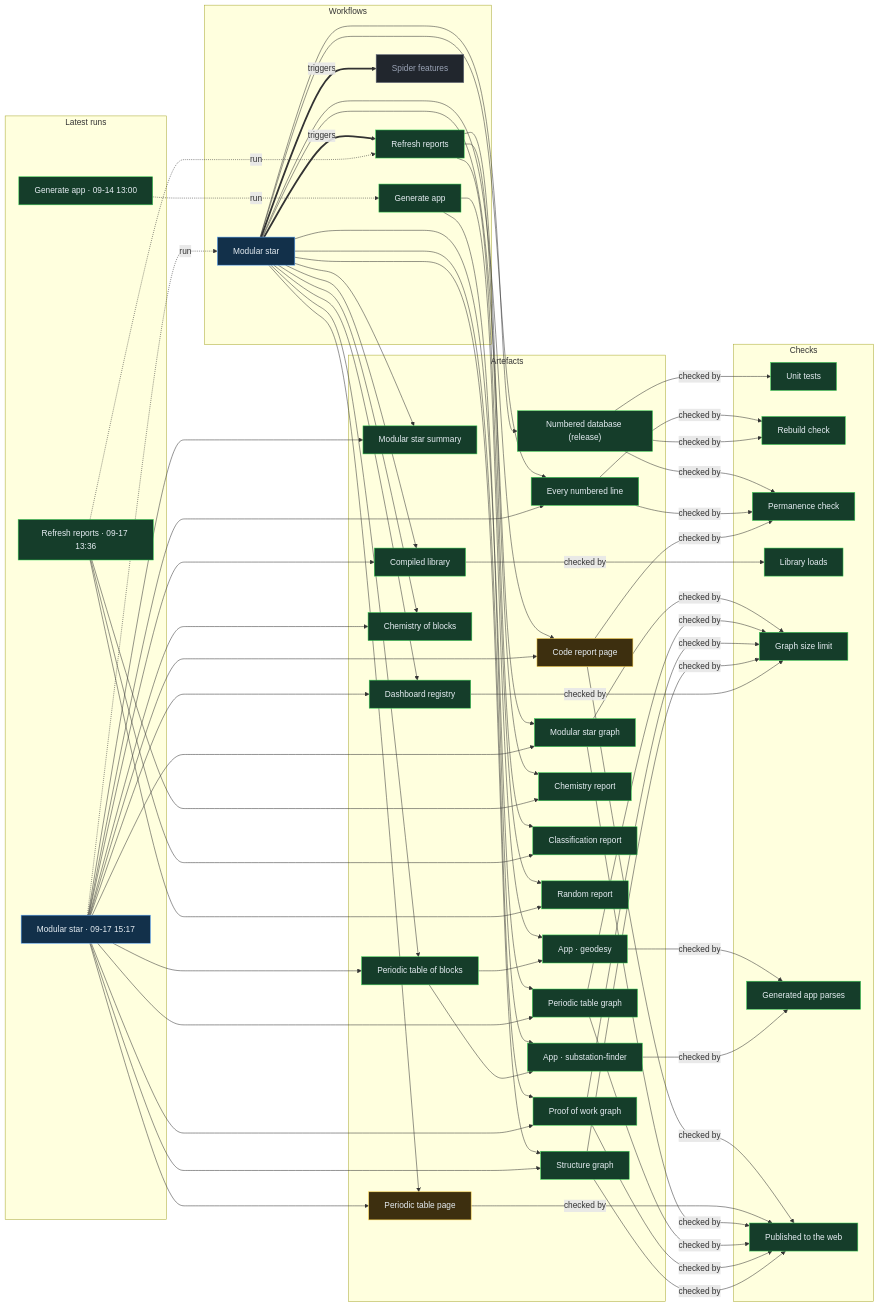
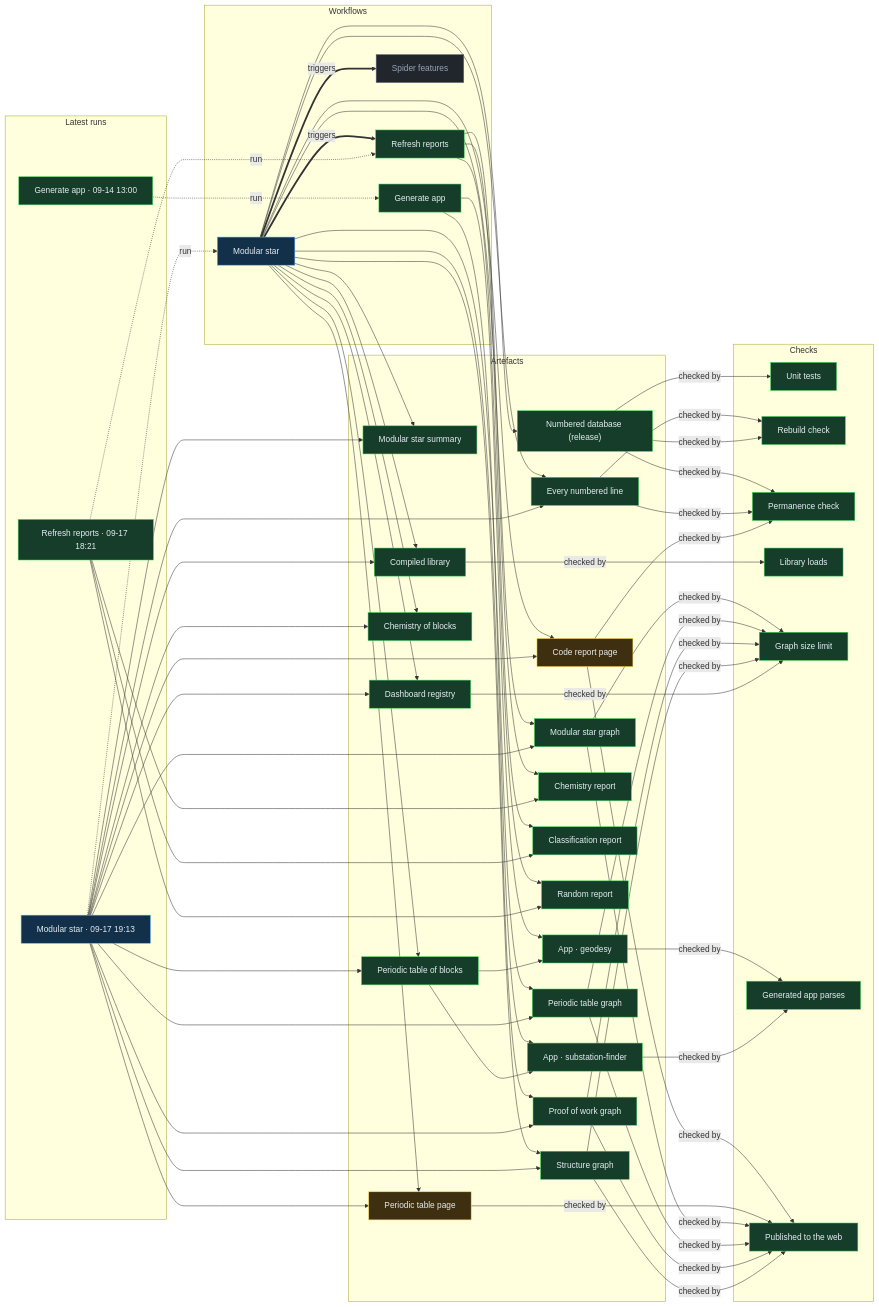
One commit to Ventusltd/stars changed the diagram in proof/PROOF.md. Above: the diagram before and after it, drawn with Mermaid. The commit also changed other lines of this file and 31 other files, not shown here.

Commit message:
Modular star 2026-09-17T19:16Z

```diff
--- a/proof/PROOF.md
+++ b/proof/PROOF.md
@@ -24,8 +24,8 @@
   n_wf_spider_features["Spider features"]:::off
   end
   subgraph g_runs["Latest runs"]
-  n_run_35239251689["Modular star · 09-17 15:17"]:::live
-  n_run_35228180431["Refresh reports · 09-17 13:36"]:::ok
+  n_run_35263631577["Modular star · 09-17 19:13"]:::live
+  n_run_35258351464["Refresh reports · 09-17 18:21"]:::ok
   n_run_34846587798["Generate app · 09-14 13:00"]:::ok
   end
   subgraph g_artefacts["Artefacts"]
@@ -59,39 +59,39 @@
   end
   n_wf_modular_star == triggers ==> n_wf_refresh
   n_wf_modular_star == triggers ==> n_wf_spider_features
-  n_run_35239251689 -. run .-> n_wf_modular_star
-  n_run_35228180431 -. run .-> n_wf_refresh
+  n_run_35263631577 -. run .-> n_wf_modular_star
+  n_run_35258351464 -. run .-> n_wf_refresh
   n_run_34846587798 -. run .-> n_wf_generate
   n_wf_modular_star --> n_art_summary
-  n_run_35239251689 --> n_art_summary
+  n_run_35263631577 --> n_art_summary
   n_wf_modular_star --> n_art_lines
-  n_run_35239251689 --> n_art_lines
+  n_run_35263631577 --> n_art_lines
   n_wf_modular_star --> n_art_code
-  n_run_35239251689 --> n_art_code
+  n_run_35263631577 --> n_art_code
   n_wf_modular_star --> n_art_modular_graph
-  n_run_35239251689 --> n_art_modular_graph
+  n_run_35263631577 --> n_art_modular_graph
   n_wf_modular_star --> n_art_blocks
-  n_run_35239251689 --> n_art_blocks
+  n_run_35263631577 --> n_art_blocks
   n_wf_modular_star --> n_art_table
-  n_run_35239251689 --> n_art_table
+  n_run_35263631577 --> n_art_table
   n_wf_modular_star --> n_art_blocks_graph
-  n_run_35239251689 --> n_art_blocks_graph
+  n_run_35263631577 --> n_art_blocks_graph
   n_wf_modular_star --> n_art_reactions
-  n_run_35239251689 --> n_art_reactions
+  n_run_35263631577 --> n_art_reactions
   n_wf_modular_star --> n_art_library
-  n_run_35239251689 --> n_art_library
+  n_run_35263631577 --> n_art_library
   n_wf_modular_star --> n_art_features
-  n_run_35239251689 --> n_art_features
+  n_run_35263631577 --> n_art_features
   n_wf_modular_star --> n_art_proof
-  n_run_35239251689 --> n_art_proof
+  n_run_35263631577 --> n_art_proof
   n_wf_modular_star --> n_art_structure
-  n_run_35239251689 --> n_art_structure
+  n_run_35263631577 --> n_art_structure
   n_wf_refresh --> n_art_chemistry
-  n_run_35228180431 --> n_art_chemistry
+  n_run_35258351464 --> n_art_chemistry
   n_wf_refresh --> n_art_vedic
-  n_run_35228180431 --> n_art_vedic
+  n_run_35258351464 --> n_art_vedic
   n_wf_refresh --> n_art_random
-  n_run_35228180431 --> n_art_random
+  n_run_35258351464 --> n_art_random
   n_wf_modular_star --> n_art_release
   n_wf_generate --> n_app_geodesy
   n_art_blocks --> n_app_geodesy
```
